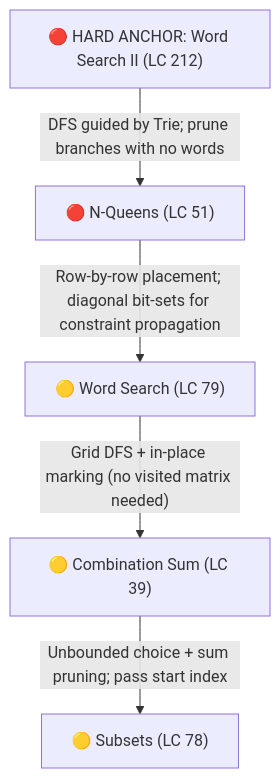
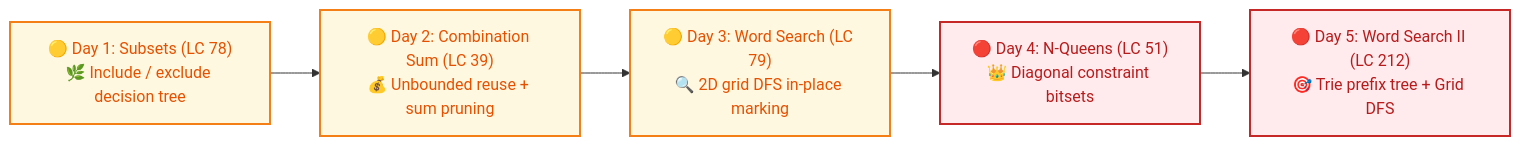
Before and after one commit to dip4k/DSA_102: the eighth of 19 diagrams in Senior_dsa_question_list.md, drawn with Mermaid. The commit also changed other lines of this file and 332 other files, not shown here.

````diff
--- a/Senior_dsa_question_list.md
+++ b/Senior_dsa_question_list.md
@@ -229,7 +279,14 @@
 ```mermaid
-flowchart TD
-    A["🔴 HARD ANCHOR: Word Search II (LC 212)"] -->|"DFS guided by Trie; prune branches with no words"| B["🔴 N-Queens (LC 51)"]
-    B -->|"Row-by-row placement; diagonal bit-sets for constraint propagation"| C["🟡 Word Search (LC 79)"]
-    C -->|"Grid DFS + in-place marking (no visited matrix needed)"| D["🟡 Combination Sum (LC 39)"]
-    D -->|"Unbounded choice + sum pruning; pass start index"| E["🟡 Subsets (LC 78)"]
+flowchart LR
+    classDef startNode fill:#e8f5e9,stroke:#2e7d32,stroke-width:2px,color:#1b5e20
+    classDef midNode fill:#fff8e1,stroke:#f57f17,stroke-width:2px,color:#e65100
+    classDef hardNode fill:#ffebee,stroke:#c62828,stroke-width:2px,color:#b71c1c
+
+    A["🟡 Day 1: Subsets (LC 78)<br/>🌿 Include / exclude decision tree"]:::midNode
+    B["🟡 Day 2: Combination Sum (LC 39)<br/>💰 Unbounded reuse + sum pruning"]:::midNode
+    C["🟡 Day 3: Word Search (LC 79)<br/>🔍 2D grid DFS in-place marking"]:::midNode
+    D["🔴 Day 4: N-Queens (LC 51)<br/>👑 Diagonal constraint bitsets"]:::hardNode
+    E["🔴 Day 5: Word Search II (LC 212)<br/>🎯 Trie prefix tree + Grid DFS"]:::hardNode
+
+    A --> B --> C --> D --> E
 ```
````
